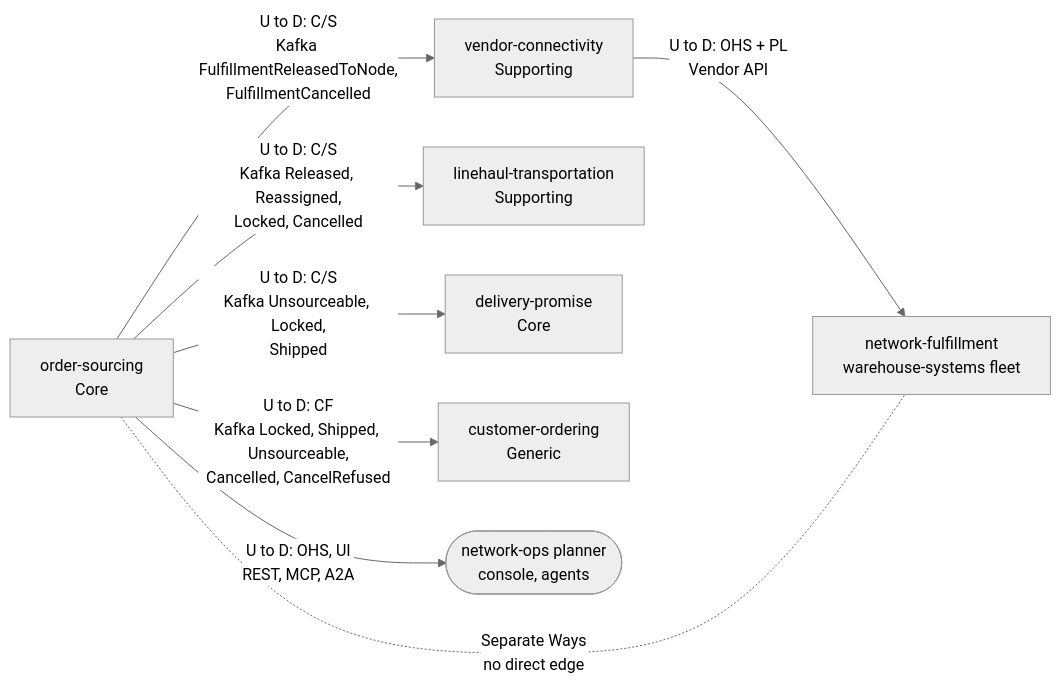
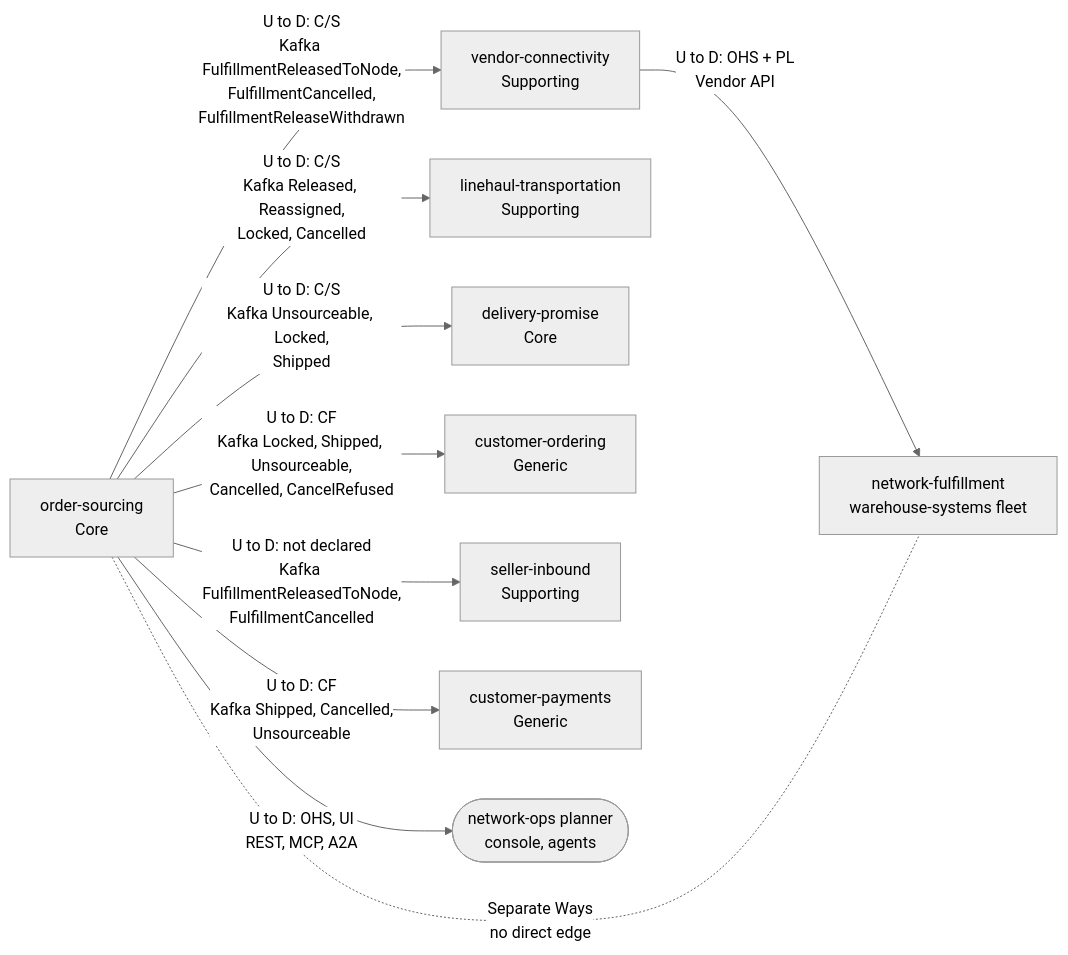
Before and after one commit to IQVO/order-sourcing: the second of 2 diagrams in docs/docs/ddd/context-map.md, drawn with Mermaid (neutral theme). The commit also changed other lines of this file and 17 other files, not shown here.

````diff
--- a/docs/docs/ddd/context-map.md
+++ b/docs/docs/ddd/context-map.md
@@ -47,17 +47,21 @@
 ```mermaid
 flowchart LR
     OS["order-sourcing<br/>Core"]
     VC["vendor-connectivity<br/>Supporting"]
     LH["linehaul-transportation<br/>Supporting"]
     DP["delivery-promise<br/>Core"]
     CO["customer-ordering<br/>Generic"]
+    SI["seller-inbound<br/>Supporting"]
+    CP["customer-payments<br/>Generic"]
     PL(["network-ops planner<br/>console, agents"])
     NF["network-fulfillment<br/>warehouse-systems fleet"]
-    OS -->|"U to D: C/S<br/>Kafka FulfillmentReleasedToNode,<br/>FulfillmentCancelled"| VC
+    OS -->|"U to D: C/S<br/>Kafka FulfillmentReleasedToNode,<br/>FulfillmentCancelled,<br/>FulfillmentReleaseWithdrawn"| VC
     OS -->|"U to D: C/S<br/>Kafka Released, Reassigned,<br/>Locked, Cancelled"| LH
     OS -->|"U to D: C/S<br/>Kafka Unsourceable, Locked,<br/>Shipped"| DP
     OS -->|"U to D: CF<br/>Kafka Locked, Shipped, Unsourceable,<br/>Cancelled, CancelRefused"| CO
+    OS -->|"U to D: CF<br/>Kafka Shipped, Cancelled,<br/>Unsourceable"| CP
+    OS -->|"U to D: not declared<br/>Kafka FulfillmentReleasedToNode,<br/>FulfillmentCancelled"| SI
     OS -->|"U to D: OHS, UI<br/>REST, MCP, A2A"| PL
     VC -->|"U to D: OHS + PL<br/>Vendor API"| NF
     OS -. "Separate Ways<br/>no direct edge" .- NF
 ```
````
